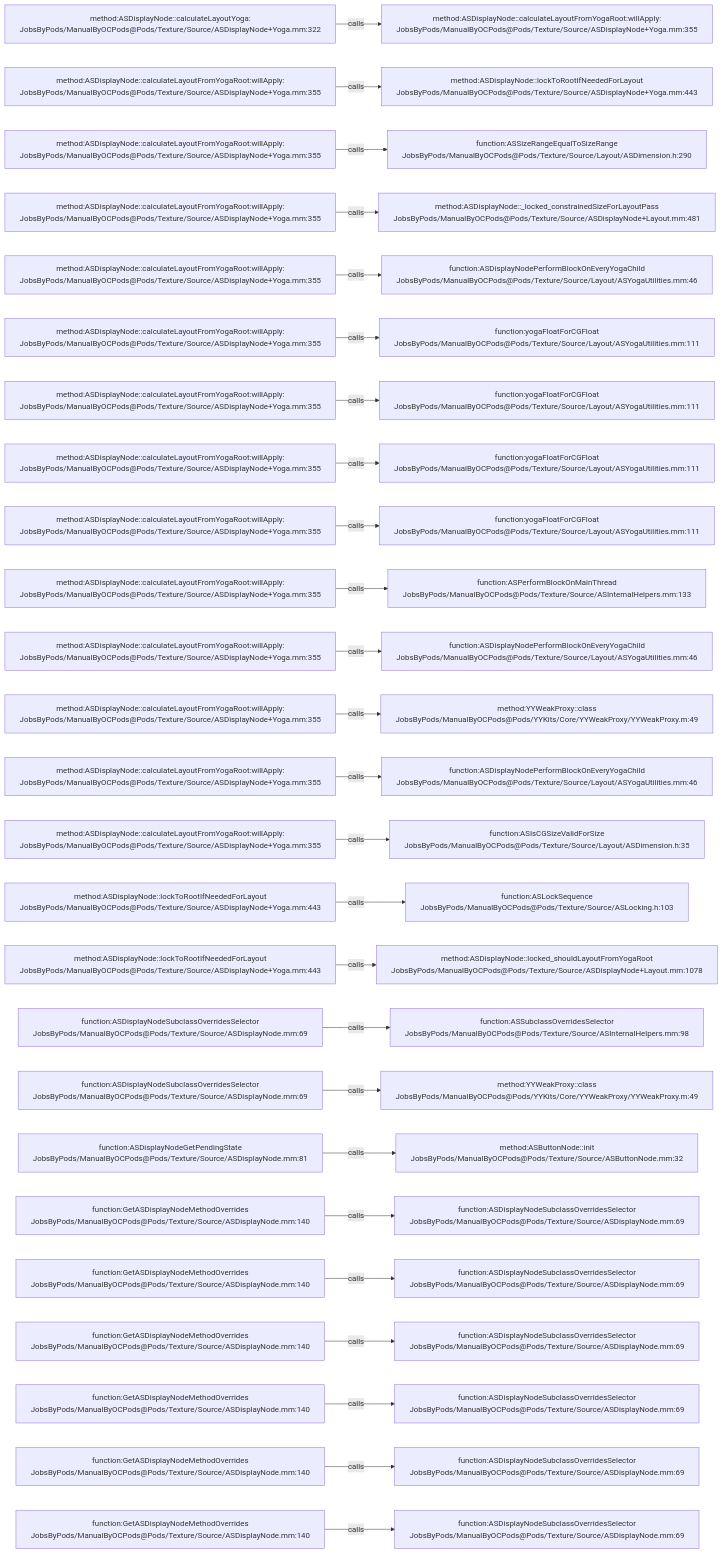
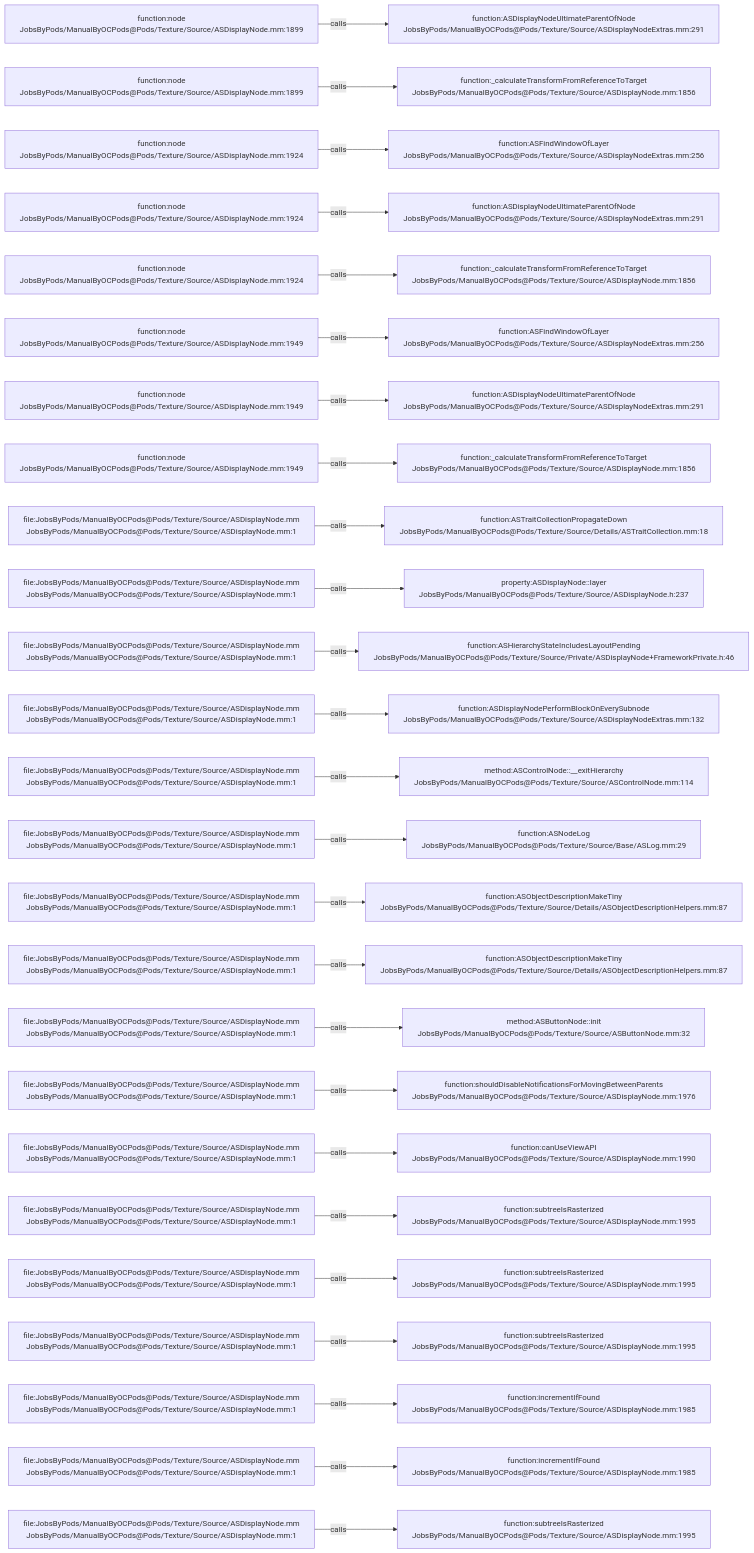
Before and after one commit to JobsKits/JobsOCBaseConfigDemo: the diagram in .codegraph/codegraph.md/graphs/calls-093.md, drawn with Mermaid. The commit also changed 1448 other files, not shown here.

````diff
--- a/.codegraph/codegraph.md/graphs/calls-093.md
+++ b/.codegraph/codegraph.md/graphs/calls-093.md
@@ -13,78 +13,78 @@
 ```mermaid
 flowchart LR
-  S1["method:ASDisplayNode::calculateLayoutYoga:<br/>JobsByPods/ManualByOCPods@Pods/Texture/Source/ASDisplayNode+Yoga.mm:322"]
-  T1["method:ASDisplayNode::calculateLayoutFromYogaRoot:willApply:<br/>JobsByPods/ManualByOCPods@Pods/Texture/Source/ASDisplayNode+Yoga.mm:355"]
+  S1["function:node<br/>JobsByPods/ManualByOCPods@Pods/Texture/Source/ASDisplayNode.mm:1899"]
+  T1["function:ASDisplayNodeUltimateParentOfNode<br/>JobsByPods/ManualByOCPods@Pods/Texture/Source/ASDisplayNodeExtras.mm:291"]
   S1 -->|calls| T1
-  S2["method:ASDisplayNode::calculateLayoutFromYogaRoot:willApply:<br/>JobsByPods/ManualByOCPods@Pods/Texture/Source/ASDisplayNode+Yoga.mm:355"]
-  T2["method:ASDisplayNode::lockToRootIfNeededForLayout<br/>JobsByPods/ManualByOCPods@Pods/Texture/Source/ASDisplayNode+Yoga.mm:443"]
+  S2["function:node<br/>JobsByPods/ManualByOCPods@Pods/Texture/Source/ASDisplayNode.mm:1899"]
+  T2["function:_calculateTransformFromReferenceToTarget<br/>JobsByPods/ManualByOCPods@Pods/Texture/Source/ASDisplayNode.mm:1856"]
   S2 -->|calls| T2
-  S3["method:ASDisplayNode::calculateLayoutFromYogaRoot:willApply:<br/>JobsByPods/ManualByOCPods@Pods/Texture/Source/ASDisplayNode+Yoga.mm:355"]
-  T3["function:ASSizeRangeEqualToSizeRange<br/>JobsByPods/ManualByOCPods@Pods/Texture/Source/Layout/ASDimension.h:290"]
+  S3["function:node<br/>JobsByPods/ManualByOCPods@Pods/Texture/Source/ASDisplayNode.mm:1924"]
+  T3["function:ASFindWindowOfLayer<br/>JobsByPods/ManualByOCPods@Pods/Texture/Source/ASDisplayNodeExtras.mm:256"]
   S3 -->|calls| T3
-  S4["method:ASDisplayNode::calculateLayoutFromYogaRoot:willApply:<br/>JobsByPods/ManualByOCPods@Pods/Texture/Source/ASDisplayNode+Yoga.mm:355"]
-  T4["method:ASDisplayNode::_locked_constrainedSizeForLayoutPass<br/>JobsByPods/ManualByOCPods@Pods/Texture/Source/ASDisplayNode+Layout.mm:481"]
+  S4["function:node<br/>JobsByPods/ManualByOCPods@Pods/Texture/Source/ASDisplayNode.mm:1924"]
+  T4["function:ASDisplayNodeUltimateParentOfNode<br/>JobsByPods/ManualByOCPods@Pods/Texture/Source/ASDisplayNodeExtras.mm:291"]
   S4 -->|calls| T4
-  S5["method:ASDisplayNode::calculateLayoutFromYogaRoot:willApply:<br/>JobsByPods/ManualByOCPods@Pods/Texture/Source/ASDisplayNode+Yoga.mm:355"]
-  T5["function:ASDisplayNodePerformBlockOnEveryYogaChild<br/>JobsByPods/ManualByOCPods@Pods/Texture/Source/Layout/ASYogaUtilities.mm:46"]
+  S5["function:node<br/>JobsByPods/ManualByOCPods@Pods/Texture/Source/ASDisplayNode.mm:1924"]
+  T5["function:_calculateTransformFromReferenceToTarget<br/>JobsByPods/ManualByOCPods@Pods/Texture/Source/ASDisplayNode.mm:1856"]
   S5 -->|calls| T5
-  S6["method:ASDisplayNode::calculateLayoutFromYogaRoot:willApply:<br/>JobsByPods/ManualByOCPods@Pods/Texture/Source/ASDisplayNode+Yoga.mm:355"]
-  T6["function:yogaFloatForCGFloat<br/>JobsByPods/ManualByOCPods@Pods/Texture/Source/Layout/ASYogaUtilities.mm:111"]
+  S6["function:node<br/>JobsByPods/ManualByOCPods@Pods/Texture/Source/ASDisplayNode.mm:1949"]
+  T6["function:ASFindWindowOfLayer<br/>JobsByPods/ManualByOCPods@Pods/Texture/Source/ASDisplayNodeExtras.mm:256"]
   S6 -->|calls| T6
-  S7["method:ASDisplayNode::calculateLayoutFromYogaRoot:willApply:<br/>JobsByPods/ManualByOCPods@Pods/Texture/Source/ASDisplayNode+Yoga.mm:355"]
-  T7["function:yogaFloatForCGFloat<br/>JobsByPods/ManualByOCPods@Pods/Texture/Source/Layout/ASYogaUtilities.mm:111"]
+  S7["function:node<br/>JobsByPods/ManualByOCPods@Pods/Texture/Source/ASDisplayNode.mm:1949"]
+  T7["function:ASDisplayNodeUltimateParentOfNode<br/>JobsByPods/ManualByOCPods@Pods/Texture/Source/ASDisplayNodeExtras.mm:291"]
   S7 -->|calls| T7
-  S8["method:ASDisplayNode::calculateLayoutFromYogaRoot:willApply:<br/>JobsByPods/ManualByOCPods@Pods/Texture/Source/ASDisplayNode+Yoga.mm:355"]
-  T8["function:yogaFloatForCGFloat<br/>JobsByPods/ManualByOCPods@Pods/Texture/Source/Layout/ASYogaUtilities.mm:111"]
+  S8["function:node<br/>JobsByPods/ManualByOCPods@Pods/Texture/Source/ASDisplayNode.mm:1949"]
+  T8["function:_calculateTransformFromReferenceToTarget<br/>JobsByPods/ManualByOCPods@Pods/Texture/Source/ASDisplayNode.mm:1856"]
   S8 -->|calls| T8
-  S9["method:ASDisplayNode::calculateLayoutFromYogaRoot:willApply:<br/>JobsByPods/ManualByOCPods@Pods/Texture/Source/ASDisplayNode+Yoga.mm:355"]
-  T9["function:yogaFloatForCGFloat<br/>JobsByPods/ManualByOCPods@Pods/Texture/Source/Layout/ASYogaUtilities.mm:111"]
+  S9["file:JobsByPods/ManualByOCPods@Pods/Texture/Source/ASDisplayNode.mm<br/>JobsByPods/ManualByOCPods@Pods/Texture/Source/ASDisplayNode.mm:1"]
+  T9["function:ASTraitCollectionPropagateDown<br/>JobsByPods/ManualByOCPods@Pods/Texture/Source/Details/ASTraitCollection.mm:18"]
   S9 -->|calls| T9
-  S10["method:ASDisplayNode::calculateLayoutFromYogaRoot:willApply:<br/>JobsByPods/ManualByOCPods@Pods/Texture/Source/ASDisplayNode+Yoga.mm:355"]
-  T10["function:ASPerformBlockOnMainThread<br/>JobsByPods/ManualByOCPods@Pods/Texture/Source/ASInternalHelpers.mm:133"]
+  S10["file:JobsByPods/ManualByOCPods@Pods/Texture/Source/ASDisplayNode.mm<br/>JobsByPods/ManualByOCPods@Pods/Texture/Source/ASDisplayNode.mm:1"]
+  T10["property:ASDisplayNode::layer<br/>JobsByPods/ManualByOCPods@Pods/Texture/Source/ASDisplayNode.h:237"]
   S10 -->|calls| T10
-  S11["method:ASDisplayNode::calculateLayoutFromYogaRoot:willApply:<br/>JobsByPods/ManualByOCPods@Pods/Texture/Source/ASDisplayNode+Yoga.mm:355"]
-  T11["function:ASDisplayNodePerformBlockOnEveryYogaChild<br/>JobsByPods/ManualByOCPods@Pods/Texture/Source/Layout/ASYogaUtilities.mm:46"]
+  S11["file:JobsByPods/ManualByOCPods@Pods/Texture/Source/ASDisplayNode.mm<br/>JobsByPods/ManualByOCPods@Pods/Texture/Source/ASDisplayNode.mm:1"]
+  T11["function:ASHierarchyStateIncludesLayoutPending<br/>JobsByPods/ManualByOCPods@Pods/Texture/Source/Private/ASDisplayNode+FrameworkPrivate.h:46"]
   S11 -->|calls| T11
-  S12["method:ASDisplayNode::calculateLayoutFromYogaRoot:willApply:<br/>JobsByPods/ManualByOCPods@Pods/Texture/Source/ASDisplayNode+Yoga.mm:355"]
-  T12["method:YYWeakProxy::class<br/>JobsByPods/ManualByOCPods@Pods/YYKits/Core/YYWeakProxy/YYWeakProxy.m:49"]
+  S12["file:JobsByPods/ManualByOCPods@Pods/Texture/Source/ASDisplayNode.mm<br/>JobsByPods/ManualByOCPods@Pods/Texture/Source/ASDisplayNode.mm:1"]
+  T12["function:ASDisplayNodePerformBlockOnEverySubnode<br/>JobsByPods/ManualByOCPods@Pods/Texture/Source/ASDisplayNodeExtras.mm:132"]
   S12 -->|calls| T12
-  S13["method:ASDisplayNode::calculateLayoutFromYogaRoot:willApply:<br/>JobsByPods/ManualByOCPods@Pods/Texture/Source/ASDisplayNode+Yoga.mm:355"]
-  T13["function:ASDisplayNodePerformBlockOnEveryYogaChild<br/>JobsByPods/ManualByOCPods@Pods/Texture/Source/Layout/ASYogaUtilities.mm:46"]
+  S13["file:JobsByPods/ManualByOCPods@Pods/Texture/Source/ASDisplayNode.mm<br/>JobsByPods/ManualByOCPods@Pods/Texture/Source/ASDisplayNode.mm:1"]
+  T13["method:ASControlNode::__exitHierarchy<br/>JobsByPods/ManualByOCPods@Pods/Texture/Source/ASControlNode.mm:114"]
   S13 -->|calls| T13
-  S14["method:ASDisplayNode::calculateLayoutFromYogaRoot:willApply:<br/>JobsByPods/ManualByOCPods@Pods/Texture/Source/ASDisplayNode+Yoga.mm:355"]
-  T14["function:ASIsCGSizeValidForSize<br/>JobsByPods/ManualByOCPods@Pods/Texture/Source/Layout/ASDimension.h:35"]
+  S14["file:JobsByPods/ManualByOCPods@Pods/Texture/Source/ASDisplayNode.mm<br/>JobsByPods/ManualByOCPods@Pods/Texture/Source/ASDisplayNode.mm:1"]
+  T14["function:ASNodeLog<br/>JobsByPods/ManualByOCPods@Pods/Texture/Source/Base/ASLog.mm:29"]
   S14 -->|calls| T14
-  S15["method:ASDisplayNode::lockToRootIfNeededForLayout<br/>JobsByPods/ManualByOCPods@Pods/Texture/Source/ASDisplayNode+Yoga.mm:443"]
-  T15["function:ASLockSequence<br/>JobsByPods/ManualByOCPods@Pods/Texture/Source/ASLocking.h:103"]
+  S15["file:JobsByPods/ManualByOCPods@Pods/Texture/Source/ASDisplayNode.mm<br/>JobsByPods/ManualByOCPods@Pods/Texture/Source/ASDisplayNode.mm:1"]
+  T15["function:ASObjectDescriptionMakeTiny<br/>JobsByPods/ManualByOCPods@Pods/Texture/Source/Details/ASObjectDescriptionHelpers.mm:87"]
   S15 -->|calls| T15
-  S16["method:ASDisplayNode::lockToRootIfNeededForLayout<br/>JobsByPods/ManualByOCPods@Pods/Texture/Source/ASDisplayNode+Yoga.mm:443"]
-  T16["method:ASDisplayNode::locked_shouldLayoutFromYogaRoot<br/>JobsByPods/ManualByOCPods@Pods/Texture/Source/ASDisplayNode+Layout.mm:1078"]
+  S16["file:JobsByPods/ManualByOCPods@Pods/Texture/Source/ASDisplayNode.mm<br/>JobsByPods/ManualByOCPods@Pods/Texture/Source/ASDisplayNode.mm:1"]
+  T16["function:ASObjectDescriptionMakeTiny<br/>JobsByPods/ManualByOCPods@Pods/Texture/Source/Details/ASObjectDescriptionHelpers.mm:87"]
   S16 -->|calls| T16
-  S17["function:ASDisplayNodeSubclassOverridesSelector<br/>JobsByPods/ManualByOCPods@Pods/Texture/Source/ASDisplayNode.mm:69"]
-  T17["function:ASSubclassOverridesSelector<br/>JobsByPods/ManualByOCPods@Pods/Texture/Source/ASInternalHelpers.mm:98"]
+  S17["file:JobsByPods/ManualByOCPods@Pods/Texture/Source/ASDisplayNode.mm<br/>JobsByPods/ManualByOCPods@Pods/Texture/Source/ASDisplayNode.mm:1"]
+  T17["method:ASButtonNode::init<br/>JobsByPods/ManualByOCPods@Pods/Texture/Source/ASButtonNode.mm:32"]
   S17 -->|calls| T17
-  S18["function:ASDisplayNodeSubclassOverridesSelector<br/>JobsByPods/ManualByOCPods@Pods/Texture/Source/ASDisplayNode.mm:69"]
-  T18["method:YYWeakProxy::class<br/>JobsByPods/ManualByOCPods@Pods/YYKits/Core/YYWeakProxy/YYWeakProxy.m:49"]
+  S18["file:JobsByPods/ManualByOCPods@Pods/Texture/Source/ASDisplayNode.mm<br/>JobsByPods/ManualByOCPods@Pods/Texture/Source/ASDisplayNode.mm:1"]
+  T18["function:shouldDisableNotificationsForMovingBetweenParents<br/>JobsByPods/ManualByOCPods@Pods/Texture/Source/ASDisplayNode.mm:1976"]
   S18 -->|calls| T18
-  S19["function:ASDisplayNodeGetPendingState<br/>JobsByPods/ManualByOCPods@Pods/Texture/Source/ASDisplayNode.mm:81"]
-  T19["method:ASButtonNode::init<br/>JobsByPods/ManualByOCPods@Pods/Texture/Source/ASButtonNode.mm:32"]
+  S19["file:JobsByPods/ManualByOCPods@Pods/Texture/Source/ASDisplayNode.mm<br/>JobsByPods/ManualByOCPods@Pods/Texture/Source/ASDisplayNode.mm:1"]
+  T19["function:canUseViewAPI<br/>JobsByPods/ManualByOCPods@Pods/Texture/Source/ASDisplayNode.mm:1990"]
   S19 -->|calls| T19
-  S20["function:GetASDisplayNodeMethodOverrides<br/>JobsByPods/ManualByOCPods@Pods/Texture/Source/ASDisplayNode.mm:140"]
-  T20["function:ASDisplayNodeSubclassOverridesSelector<br/>JobsByPods/ManualByOCPods@Pods/Texture/Source/ASDisplayNode.mm:69"]
+  S20["file:JobsByPods/ManualByOCPods@Pods/Texture/Source/ASDisplayNode.mm<br/>JobsByPods/ManualByOCPods@Pods/Texture/Source/ASDisplayNode.mm:1"]
+  T20["function:subtreeIsRasterized<br/>JobsByPods/ManualByOCPods@Pods/Texture/Source/ASDisplayNode.mm:1995"]
   S20 -->|calls| T20
-  S21["function:GetASDisplayNodeMethodOverrides<br/>JobsByPods/ManualByOCPods@Pods/Texture/Source/ASDisplayNode.mm:140"]
-  T21["function:ASDisplayNodeSubclassOverridesSelector<br/>JobsByPods/ManualByOCPods@Pods/Texture/Source/ASDisplayNode.mm:69"]
+  S21["file:JobsByPods/ManualByOCPods@Pods/Texture/Source/ASDisplayNode.mm<br/>JobsByPods/ManualByOCPods@Pods/Texture/Source/ASDisplayNode.mm:1"]
+  T21["function:subtreeIsRasterized<br/>JobsByPods/ManualByOCPods@Pods/Texture/Source/ASDisplayNode.mm:1995"]
   S21 -->|calls| T21
-  S22["function:GetASDisplayNodeMethodOverrides<br/>JobsByPods/ManualByOCPods@Pods/Texture/Source/ASDisplayNode.mm:140"]
-  T22["function:ASDisplayNodeSubclassOverridesSelector<br/>JobsByPods/ManualByOCPods@Pods/Texture/Source/ASDisplayNode.mm:69"]
+  S22["file:JobsByPods/ManualByOCPods@Pods/Texture/Source/ASDisplayNode.mm<br/>JobsByPods/ManualByOCPods@Pods/Texture/Source/ASDisplayNode.mm:1"]
+  T22["function:subtreeIsRasterized<br/>JobsByPods/ManualByOCPods@Pods/Texture/Source/ASDisplayNode.mm:1995"]
   S22 -->|calls| T22
-  S23["function:GetASDisplayNodeMethodOverrides<br/>JobsByPods/ManualByOCPods@Pods/Texture/Source/ASDisplayNode.mm:140"]
-  T23["function:ASDisplayNodeSubclassOverridesSelector<br/>JobsByPods/ManualByOCPods@Pods/Texture/Source/ASDisplayNode.mm:69"]
+  S23["file:JobsByPods/ManualByOCPods@Pods/Texture/Source/ASDisplayNode.mm<br/>JobsByPods/ManualByOCPods@Pods/Texture/Source/ASDisplayNode.mm:1"]
+  T23["function:incrementIfFound<br/>JobsByPods/ManualByOCPods@Pods/Texture/Source/ASDisplayNode.mm:1985"]
   S23 -->|calls| T23
-  S24["function:GetASDisplayNodeMethodOverrides<br/>JobsByPods/ManualByOCPods@Pods/Texture/Source/ASDisplayNode.mm:140"]
-  T24["function:ASDisplayNodeSubclassOverridesSelector<br/>JobsByPods/ManualByOCPods@Pods/Texture/Source/ASDisplayNode.mm:69"]
+  S24["file:JobsByPods/ManualByOCPods@Pods/Texture/Source/ASDisplayNode.mm<br/>JobsByPods/ManualByOCPods@Pods/Texture/Source/ASDisplayNode.mm:1"]
+  T24["function:incrementIfFound<br/>JobsByPods/ManualByOCPods@Pods/Texture/Source/ASDisplayNode.mm:1985"]
   S24 -->|calls| T24
-  S25["function:GetASDisplayNodeMethodOverrides<br/>JobsByPods/ManualByOCPods@Pods/Texture/Source/ASDisplayNode.mm:140"]
-  T25["function:ASDisplayNodeSubclassOverridesSelector<br/>JobsByPods/ManualByOCPods@Pods/Texture/Source/ASDisplayNode.mm:69"]
+  S25["file:JobsByPods/ManualByOCPods@Pods/Texture/Source/ASDisplayNode.mm<br/>JobsByPods/ManualByOCPods@Pods/Texture/Source/ASDisplayNode.mm:1"]
+  T25["function:subtreeIsRasterized<br/>JobsByPods/ManualByOCPods@Pods/Texture/Source/ASDisplayNode.mm:1995"]
   S25 -->|calls| T25
 ```
````
